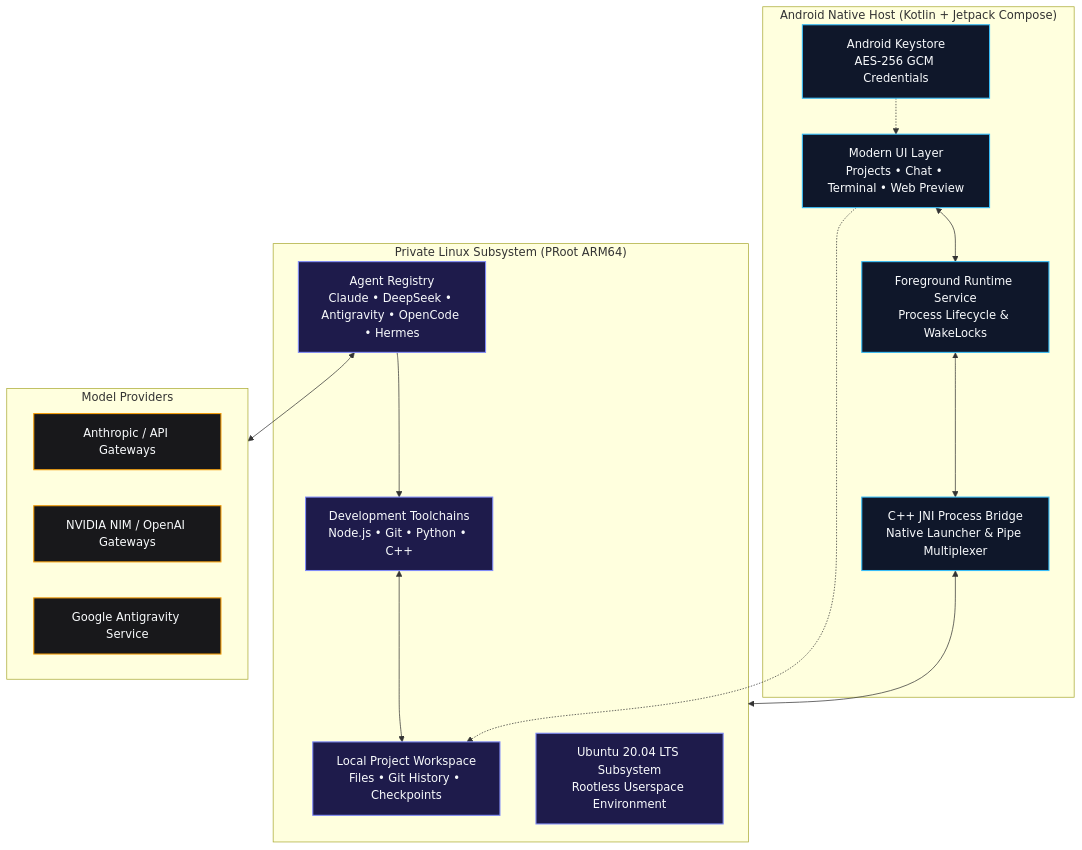
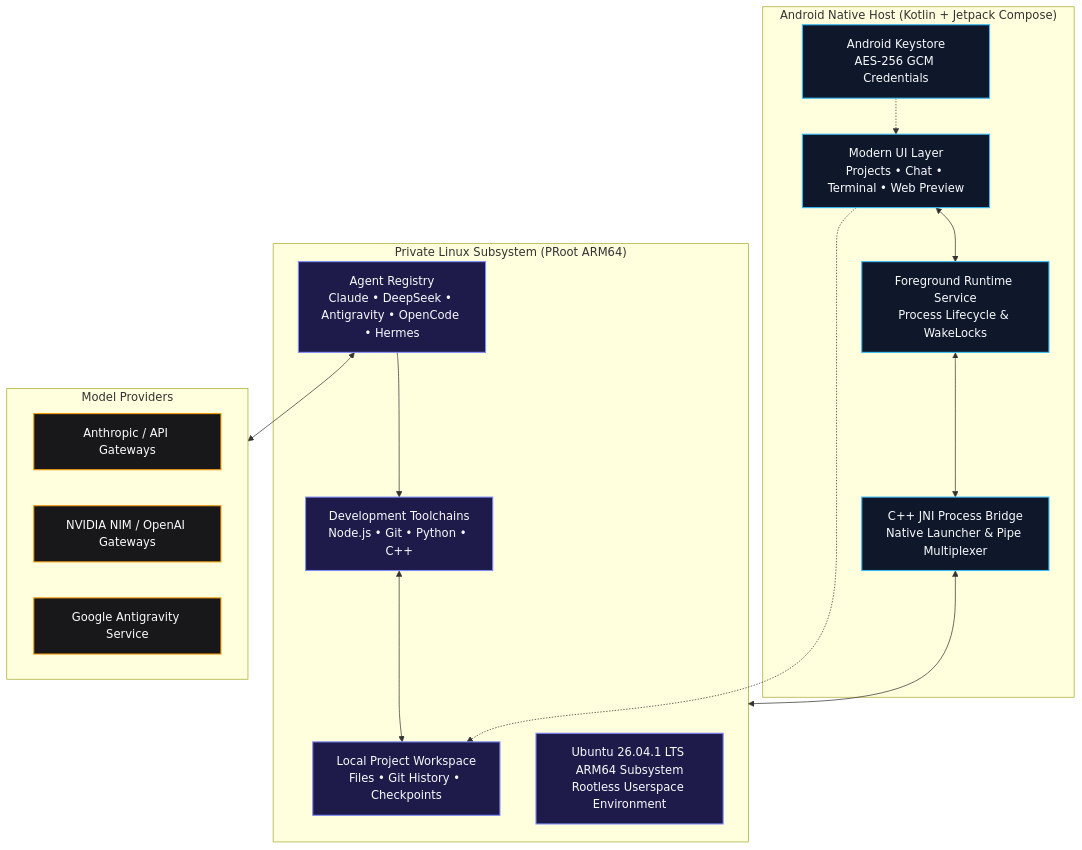
Before and after one commit to Davinci198/mobile-harness-0: the diagram in README.md, drawn with Mermaid. The commit also changed other lines of this file and 19 other files, not shown here.

````diff
--- a/README.md
+++ b/README.md
@@ -252,39 +252,39 @@
 ```mermaid
 flowchart TB
     subgraph Host[" Android Native Host (Kotlin + Jetpack Compose) "]
         UI["Modern UI Layer<br/>Projects • Chat • Terminal • Web Preview"]
         Service["Foreground Runtime Service<br/>Process Lifecycle & WakeLocks"]
         Keystore["Android Keystore<br/>AES-256 GCM Credentials"]
         Bridge["C++ JNI Process Bridge<br/>Native Launcher & Pipe Multiplexer"]
     end
 
     subgraph Subsystem[" Private Linux Subsystem (PRoot ARM64) "]
-        Ubuntu["Ubuntu 20.04 LTS Subsystem<br/>Rootless Userspace Environment"]
+        Ubuntu["Ubuntu 26.04.1 LTS ARM64 Subsystem<br/>Rootless Userspace Environment"]
         Agent["Agent Registry<br/>Claude • DeepSeek • Antigravity • OpenCode • Hermes"]
         Tools["Development Toolchains<br/>Node.js • Git • Python • C++"]
         Workspace["Local Project Workspace<br/>Files • Git History • Checkpoints"]
     end
 
     subgraph Cloud[" Model Providers "]
         Anthropic["Anthropic / API Gateways"]
         NVIDIA["NVIDIA NIM / OpenAI Gateways"]
         Gateways["Google Antigravity Service"]
     end
 
     UI <--> Service
     Service <--> Bridge
     Bridge <--> Subsystem
     Keystore -.-> UI
     Agent <--> Cloud
     Agent --> Tools
     Tools <--> Workspace
     UI -.-> Workspace
 
     classDef hostStyle fill:#0f172a,stroke:#38bdf8,stroke-width:1.5px,color:#f8fafc;
     classDef subStyle fill:#1e1b4b,stroke:#818cf8,stroke-width:1.5px,color:#f8fafc;
     classDef cloudStyle fill:#18181b,stroke:#f59e0b,stroke-width:1.5px,color:#f8fafc;
 
     class UI,Service,Keystore,Bridge hostStyle;
     class Ubuntu,Agent,Tools,Workspace subStyle;
     class Anthropic,NVIDIA,Gateways cloudStyle;
 ```
````
